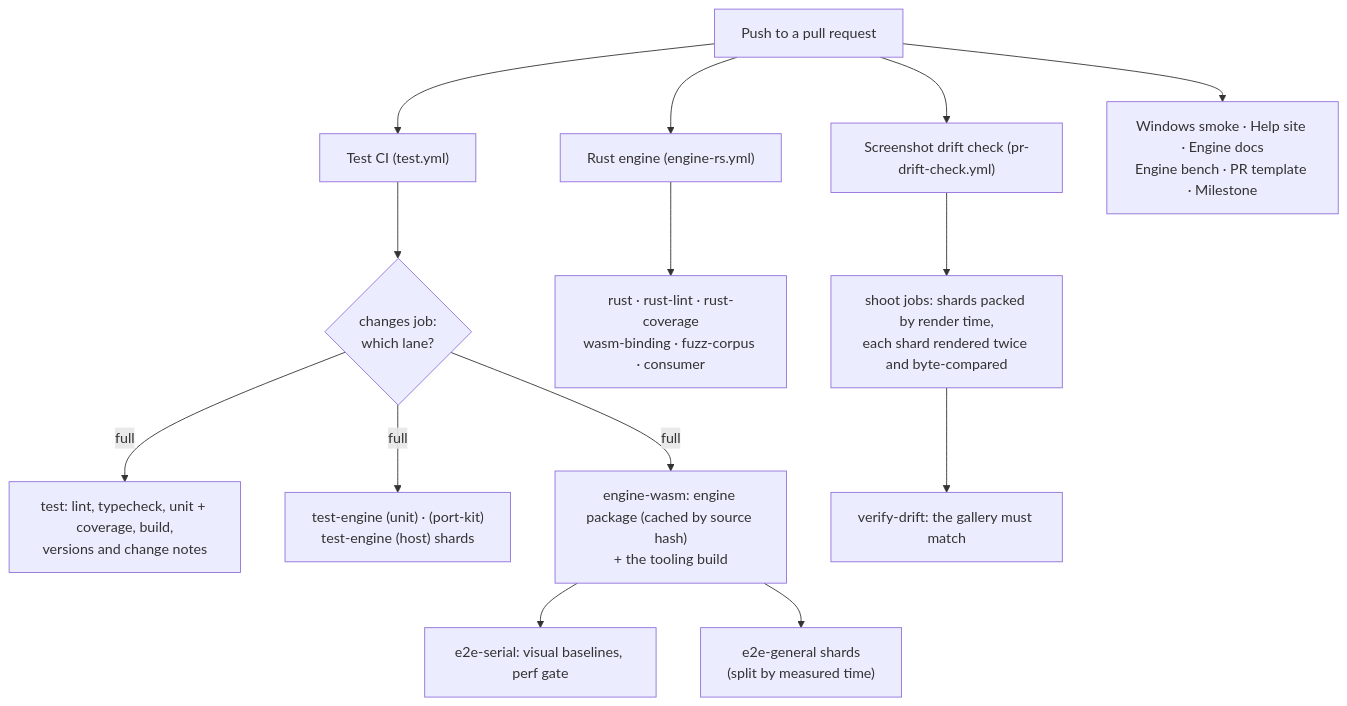
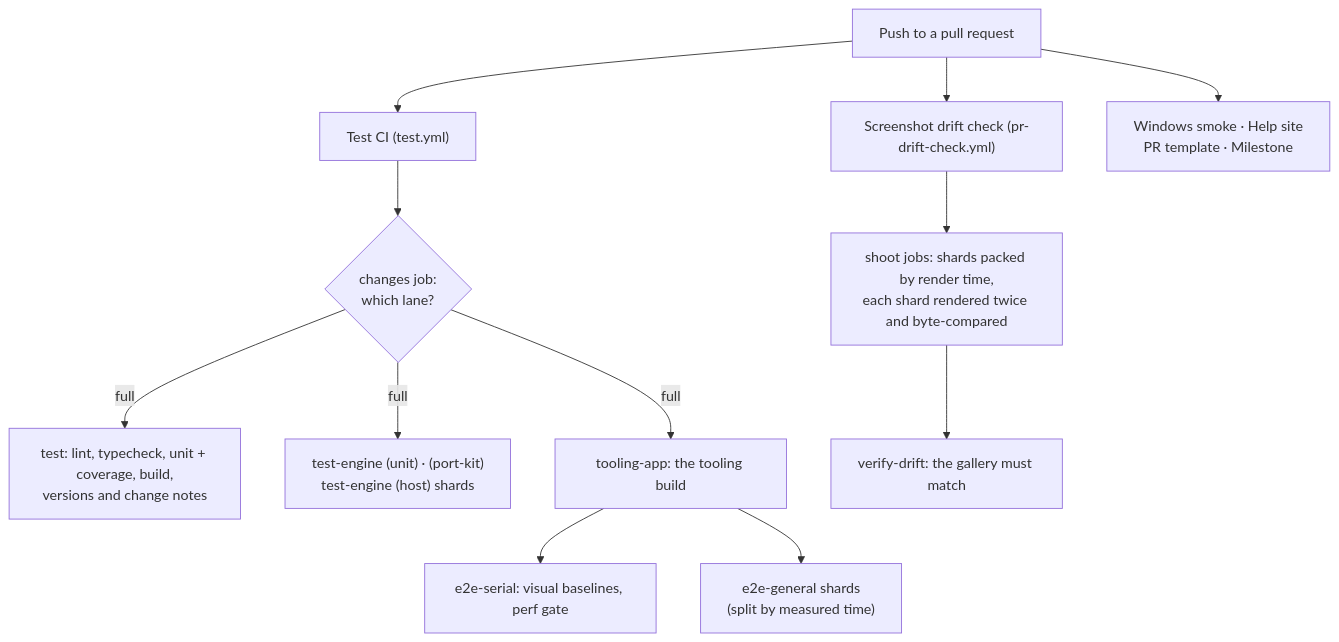
One commit to maniator/verticopolis changed the first of 2 diagrams in docs/ci/pipeline.md. Above: the diagram before and after it, drawn with Mermaid. The commit also changed other lines of this file and 1806 other files, not shown here.

First line of the commit message:
Build the game from the engine and components packages

````diff
--- a/docs/ci/pipeline.md
+++ b/docs/ci/pipeline.md
@@ -10,18 +10,15 @@
 ```mermaid
 flowchart TD
     PR["Push to a pull request"] --> Test["Test CI (test.yml)"]
-    PR --> Rust["Rust engine (engine-rs.yml)"]
     PR --> Drift["Screenshot drift check (pr-drift-check.yml)"]
-    PR --> Other["Windows smoke · Help site · Engine docs<br/>Engine bench · PR template · Milestone"]
+    PR --> Other["Windows smoke · Help site<br/>PR template · Milestone"]
 
     Test --> Lane{"changes job:<br/>which lane?"}
     Lane -->|full| Fast["test: lint, typecheck, unit + coverage, build,<br/>versions and change notes"]
     Lane -->|full| EngineLegs["test-engine (unit) · (port-kit)<br/>test-engine (host) shards"]
-    Lane -->|full| Wasm["engine-wasm: engine package (cached by source hash)<br/>+ the tooling build"]
-    Wasm --> E2E["e2e-serial: visual baselines, perf gate"]
-    Wasm --> E2EG["e2e-general shards<br/>(split by measured time)"]
-
-    Rust --> RustJobs["rust · rust-lint · rust-coverage<br/>wasm-binding · fuzz-corpus · consumer"]
+    Lane -->|full| Tooling["tooling-app: the tooling build"]
+    Tooling --> E2E["e2e-serial: visual baselines, perf gate"]
+    Tooling --> E2EG["e2e-general shards<br/>(split by measured time)"]
     Drift --> Shoot["shoot jobs: shards packed by render time,<br/>each shard rendered twice and byte-compared"]
     Shoot --> Verify["verify-drift: the gallery must match"]
 ```
````
